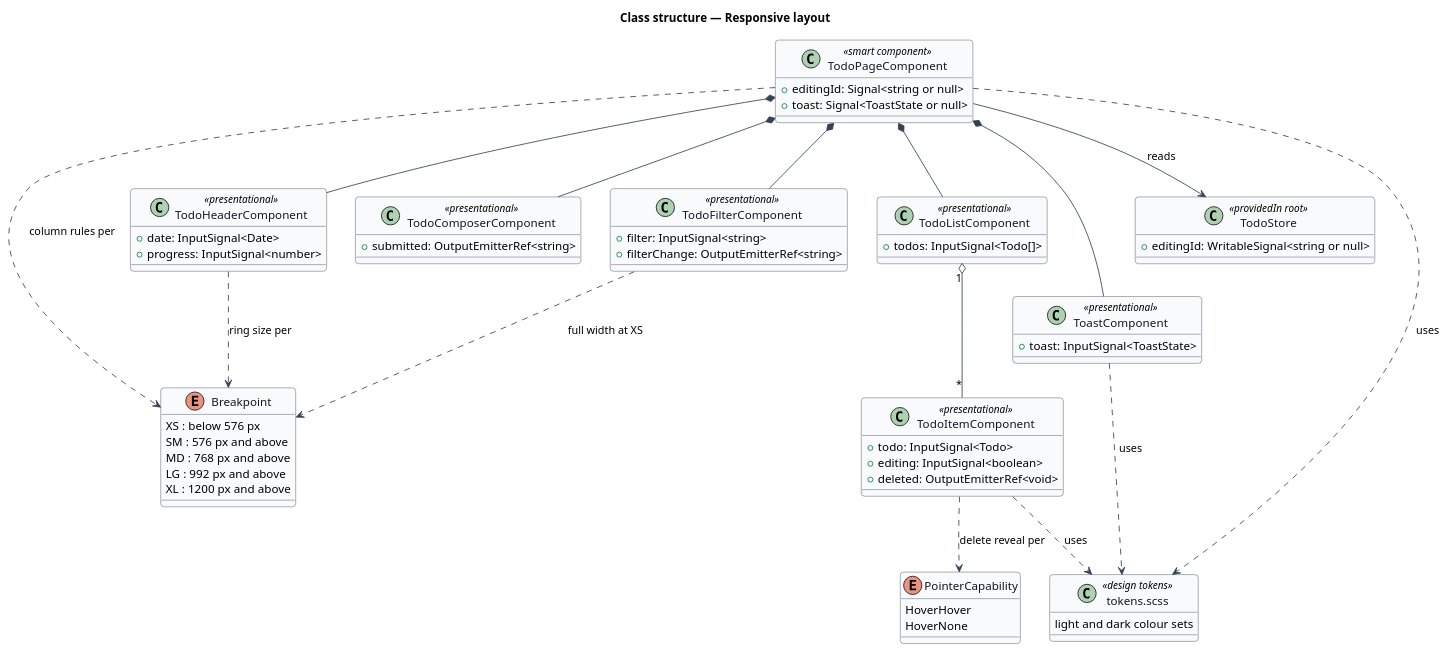
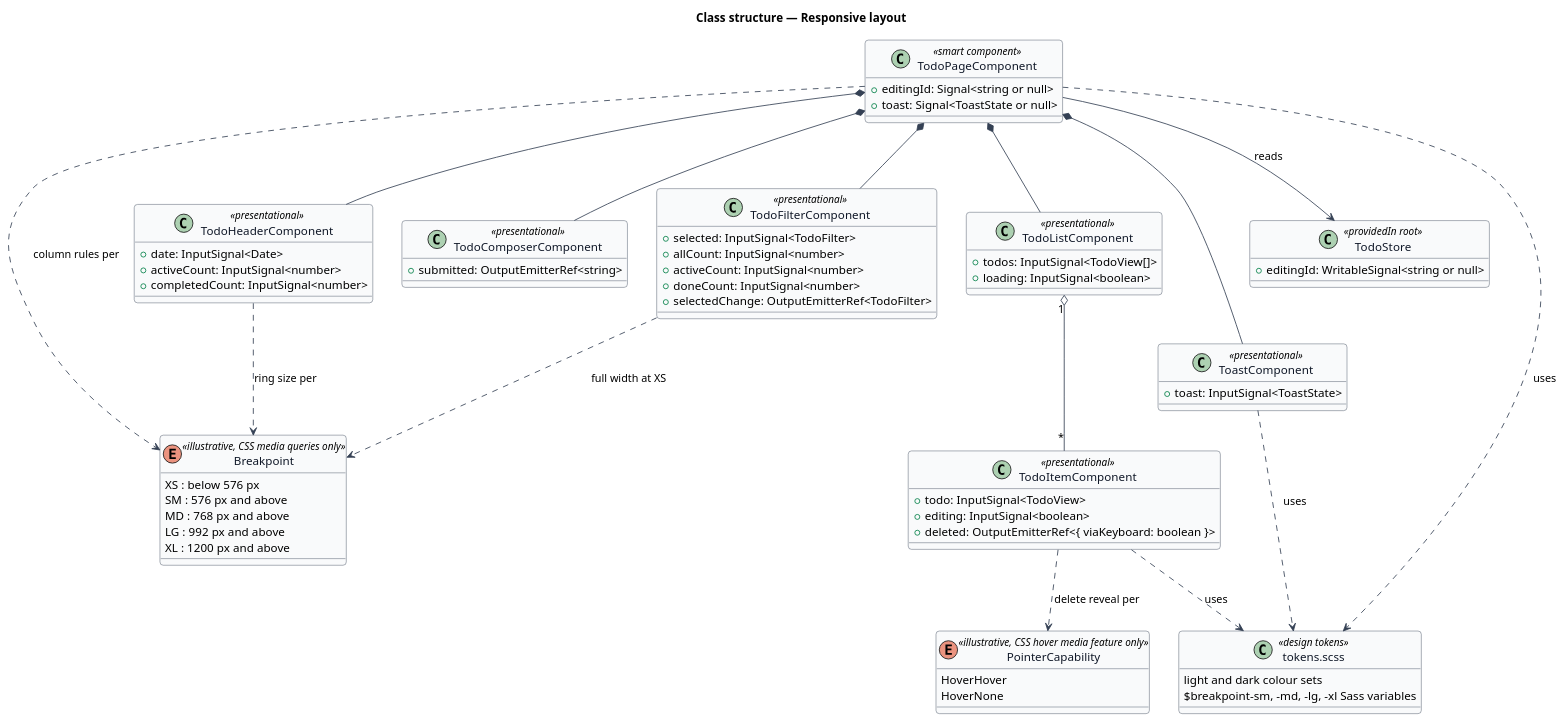
Before and after one commit to QuinntyneBrown/php-todo-lab: the diagram in docs/detailed-designs/interface/responsive-layout/diagrams/class-structure.puml, drawn with PlantUML. The commit also changed 189 other files, not shown here.

```diff
--- a/docs/detailed-designs/interface/responsive-layout/diagrams/class-structure.puml
+++ b/docs/detailed-designs/interface/responsive-layout/diagrams/class-structure.puml
@@ -1,84 +1,90 @@
 @startuml
 ' --- shared skin header ---
 skinparam backgroundColor #FFFFFF
 skinparam shadowing false
 skinparam roundcorner 8
 skinparam defaultFontName Arial
 skinparam ArrowColor #344054
 skinparam class {
   BorderColor #344054
   FontColor #101828
   BackgroundColor #F9FAFB
 }
 ' --------------------------
 title Class structure — Responsive layout
 
-enum Breakpoint {
+enum Breakpoint <<illustrative, CSS media queries only>> {
   XS : below 576 px
   SM : 576 px and above
   MD : 768 px and above
   LG : 992 px and above
   XL : 1200 px and above
 }
 
-enum PointerCapability {
+enum PointerCapability <<illustrative, CSS hover media feature only>> {
   HoverHover
   HoverNone
 }
 
 class TodoPageComponent <<smart component>> {
   +editingId: Signal<string or null>
   +toast: Signal<ToastState or null>
 }
 
 class TodoHeaderComponent <<presentational>> {
   +date: InputSignal<Date>
-  +progress: InputSignal<number>
+  +activeCount: InputSignal<number>
+  +completedCount: InputSignal<number>
 }
 
 class TodoComposerComponent <<presentational>> {
   +submitted: OutputEmitterRef<string>
 }
 
 class TodoFilterComponent <<presentational>> {
-  +filter: InputSignal<string>
-  +filterChange: OutputEmitterRef<string>
+  +selected: InputSignal<TodoFilter>
+  +allCount: InputSignal<number>
+  +activeCount: InputSignal<number>
+  +doneCount: InputSignal<number>
+  +selectedChange: OutputEmitterRef<TodoFilter>
 }
 
 class TodoListComponent <<presentational>> {
-  +todos: InputSignal<Todo[]>
+  +todos: InputSignal<TodoView[]>
+  +loading: InputSignal<boolean>
 }
 
 class TodoItemComponent <<presentational>> {
-  +todo: InputSignal<Todo>
+  +todo: InputSignal<TodoView>
   +editing: InputSignal<boolean>
-  +deleted: OutputEmitterRef<void>
+  +deleted: OutputEmitterRef<{ viaKeyboard: boolean }>
 }
 
 class ToastComponent <<presentational>> {
   +toast: InputSignal<ToastState>
 }
 
 class TodoStore <<providedIn root>> {
   +editingId: WritableSignal<string or null>
 }
 
 class "tokens.scss" as Tokens <<design tokens>> {
   light and dark colour sets
+  $breakpoint-sm, -md, -lg, -xl Sass variables
 }
 
 TodoPageComponent *-- TodoHeaderComponent
 TodoPageComponent *-- TodoComposerComponent
 TodoPageComponent *-- TodoFilterComponent
 TodoPageComponent *-- TodoListComponent
 TodoPageComponent *-- ToastComponent
 TodoListComponent "1" o-- "*" TodoItemComponent
 TodoPageComponent --> TodoStore : reads
 TodoPageComponent ..> Breakpoint : column rules per
 TodoHeaderComponent ..> Breakpoint : ring size per
 TodoFilterComponent ..> Breakpoint : full width at XS
 TodoItemComponent ..> PointerCapability : delete reveal per
 TodoPageComponent ..> Tokens : uses
 TodoItemComponent ..> Tokens : uses
 ToastComponent ..> Tokens : uses
 @enduml
```
